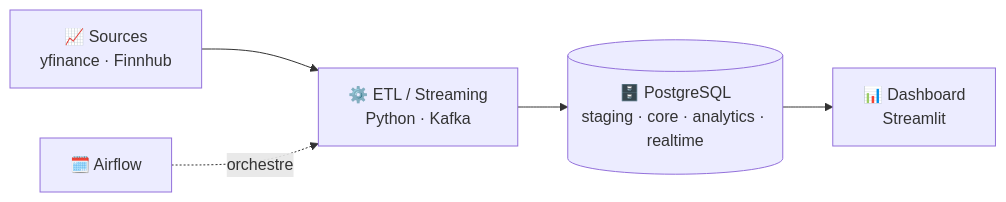
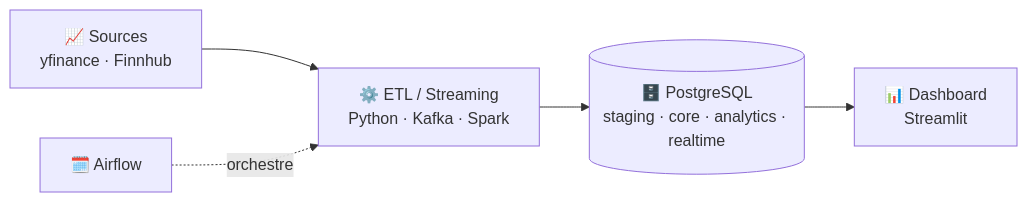
Before and after one commit to Chems08/etl-project: the first of 2 diagrams in architecture.md, drawn with Mermaid. The commit also changed other lines of this file and 15 other files, not shown here.

````diff
--- a/architecture.md
+++ b/architecture.md
@@ -7,10 +7,10 @@
 ```mermaid
 flowchart LR
     SRC["📈 Sources<br/>yfinance · Finnhub"]
-    ETL["⚙️ ETL / Streaming<br/>Python · Kafka"]
+    ETL["⚙️ ETL / Streaming<br/>Python · Kafka · Spark"]
     DB[("🗄️ PostgreSQL<br/>staging · core · analytics · realtime")]
     DASH["📊 Dashboard<br/>Streamlit"]
 
     SRC --> ETL --> DB --> DASH
     AF["🗓️ Airflow"] -. orchestre .-> ETL
 ```
````
